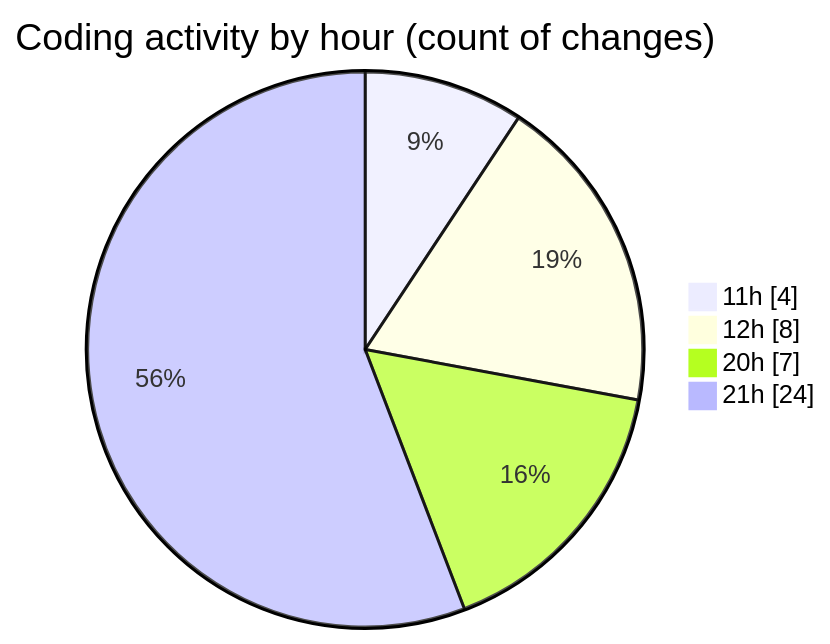
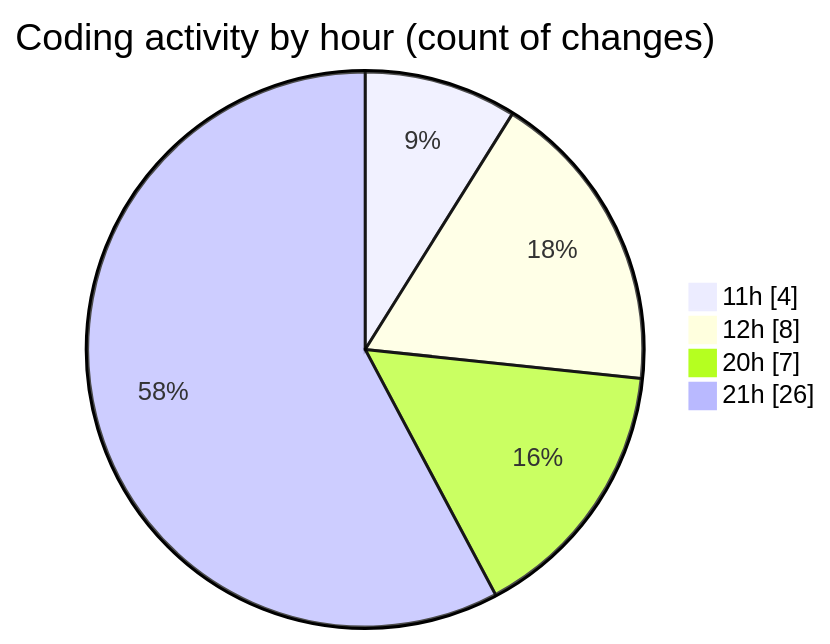
One commit to nxtqubesakshisongat/code-tracking changed the second of 2 diagrams in 2025-10-24/javacript/README.md. Above: the diagram before and after it, drawn with Mermaid. The commit also changed other lines of this file and 1 other file, not shown here.

````diff
--- a/2025-10-24/javacript/README.md
+++ b/2025-10-24/javacript/README.md
@@ -28,8 +28,8 @@
 ```mermaid
 pie showData
 title Coding activity by hour (count of changes)
 "11h" : 4
 "12h" : 8
 "20h" : 7
-"21h" : 24
+"21h" : 26
 ```
````
